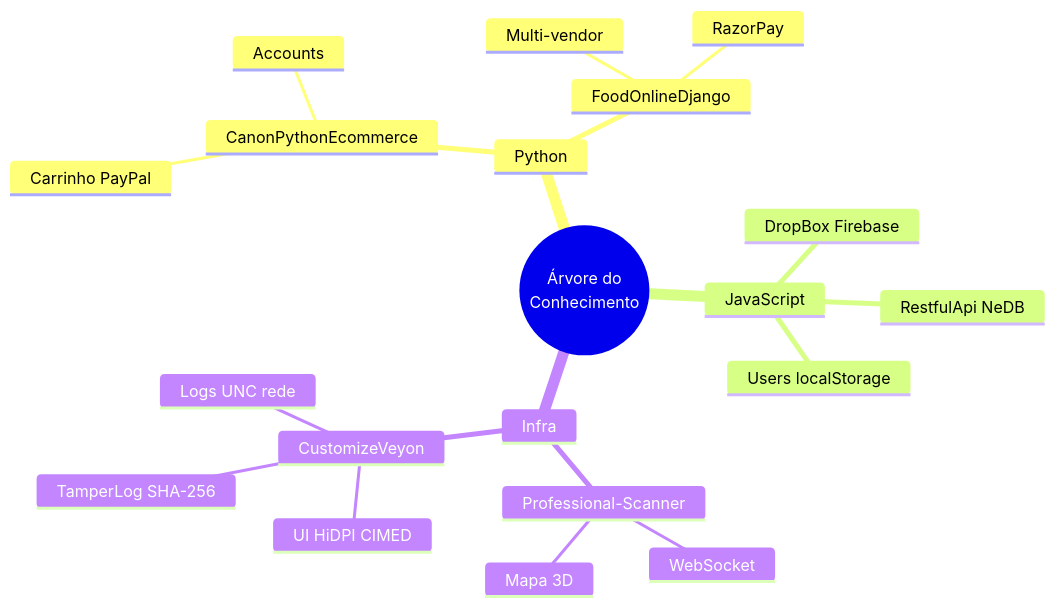
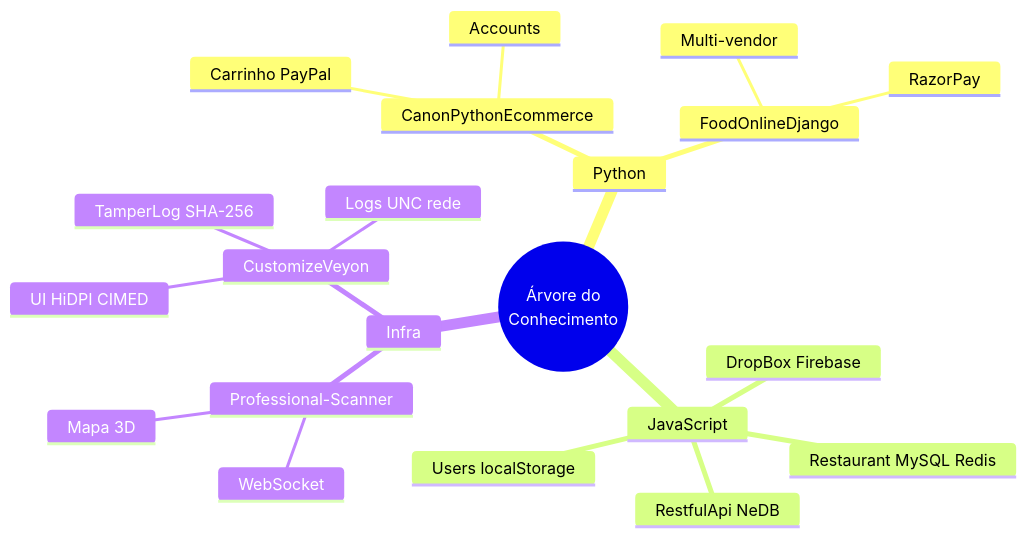
The fifth of 5 diagrams in README.md (CanonEngineer/TreeofKnowledge), drawn with Mermaid before and after one commit. The commit also changed other lines of this file and 7 other files, not shown here.

````diff
--- a/README.md
+++ b/README.md
@@ -222,23 +225,24 @@
 ```mermaid
 mindmap
   root((Árvore do<br/>Conhecimento))
     Python
       CanonPythonEcommerce
         Carrinho PayPal
         Accounts
       FoodOnlineDjango
         Multi-vendor
         RazorPay
     JavaScript
       DropBox Firebase
+      Restaurant MySQL Redis
       Users localStorage
       RestfulApi NeDB
     Infra
       Professional-Scanner
         WebSocket
         Mapa 3D
       CustomizeVeyon
         UI HiDPI CIMED
         TamperLog SHA-256
         Logs UNC rede
 ```
````
